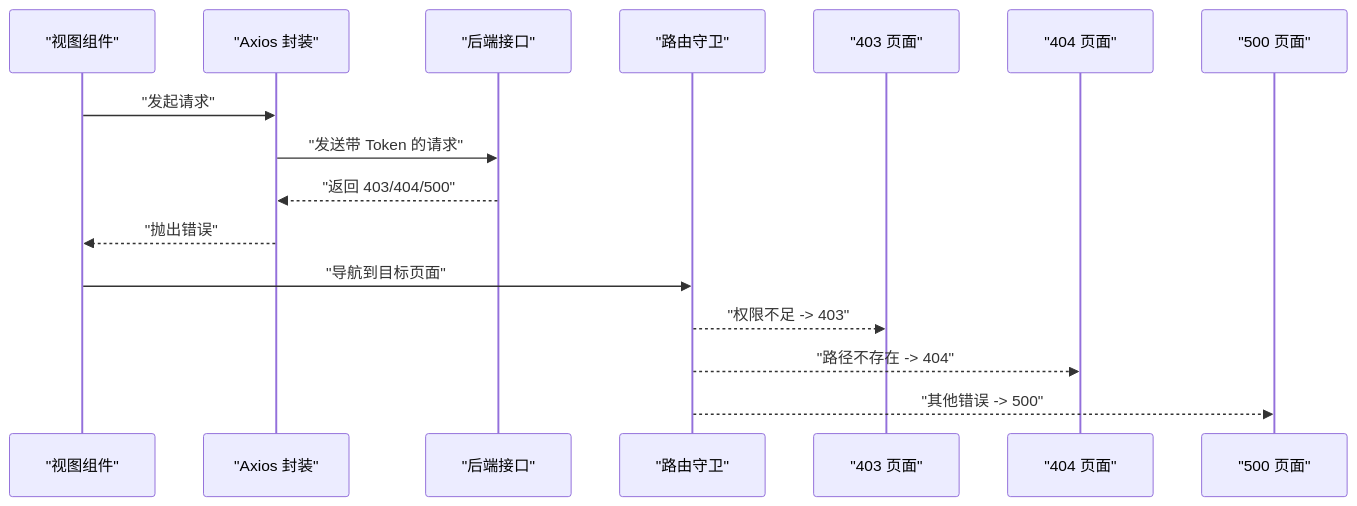
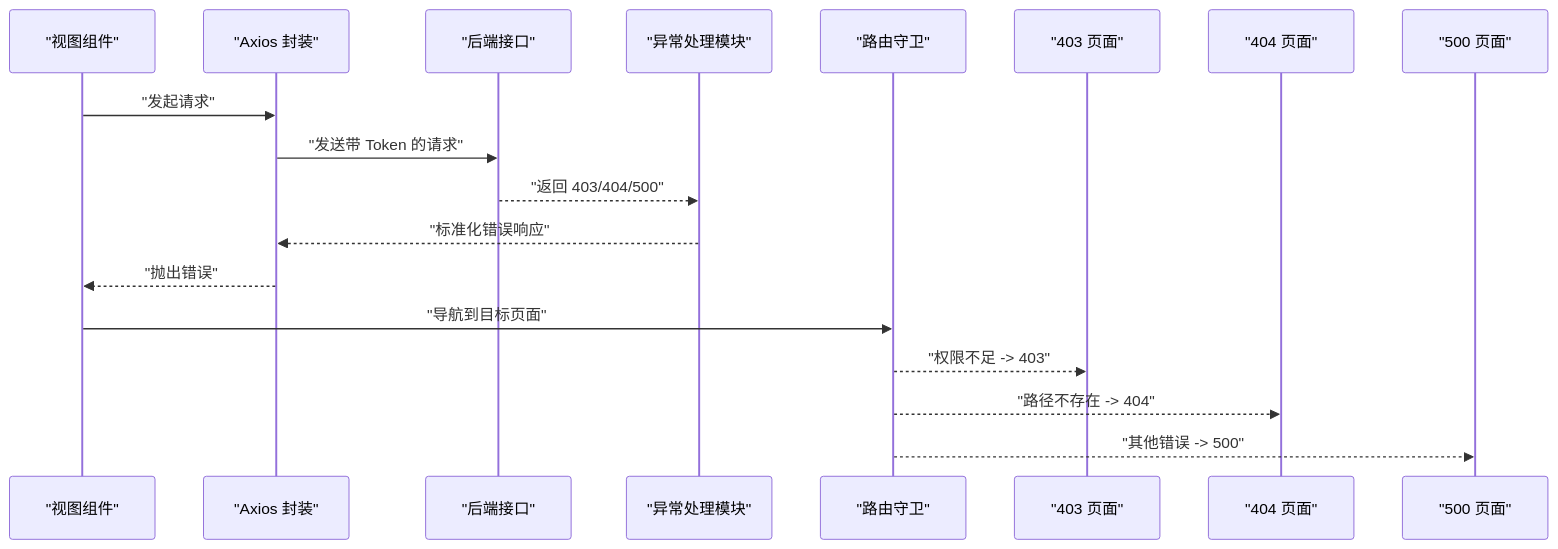
One commit to taoweidong/Hello-FastApi changed the sixth of 7 diagrams in .qoder/repowiki/zh/content/核心模块/异常处理.md. Above: the diagram before and after it, drawn with Mermaid. The commit also changed other lines of this file and 61 other files, not shown here.

````diff
--- a/.qoder/repowiki/zh/content/核心模块/异常处理.md
+++ b/.qoder/repowiki/zh/content/核心模块/异常处理.md
@@ -217,18 +262,20 @@
 ```mermaid
 sequenceDiagram
 participant View as "视图组件"
 participant Http as "Axios 封装"
 participant API as "后端接口"
+participant Handler as "异常处理模块"
 participant Router as "路由守卫"
 participant Err403 as "403 页面"
 participant Err404 as "404 页面"
 participant Err500 as "500 页面"
 View->>Http : "发起请求"
 Http->>API : "发送带 Token 的请求"
-API-->>Http : "返回 403/404/500"
+API-->>Handler : "返回 403/404/500"
+Handler-->>Http : "标准化错误响应"
 Http-->>View : "抛出错误"
 View->>Router : "导航到目标页面"
 Router-->>Err403 : "权限不足 -> 403"
 Router-->>Err404 : "路径不存在 -> 404"
 Router-->>Err500 : "其他错误 -> 500"
 ```
````
